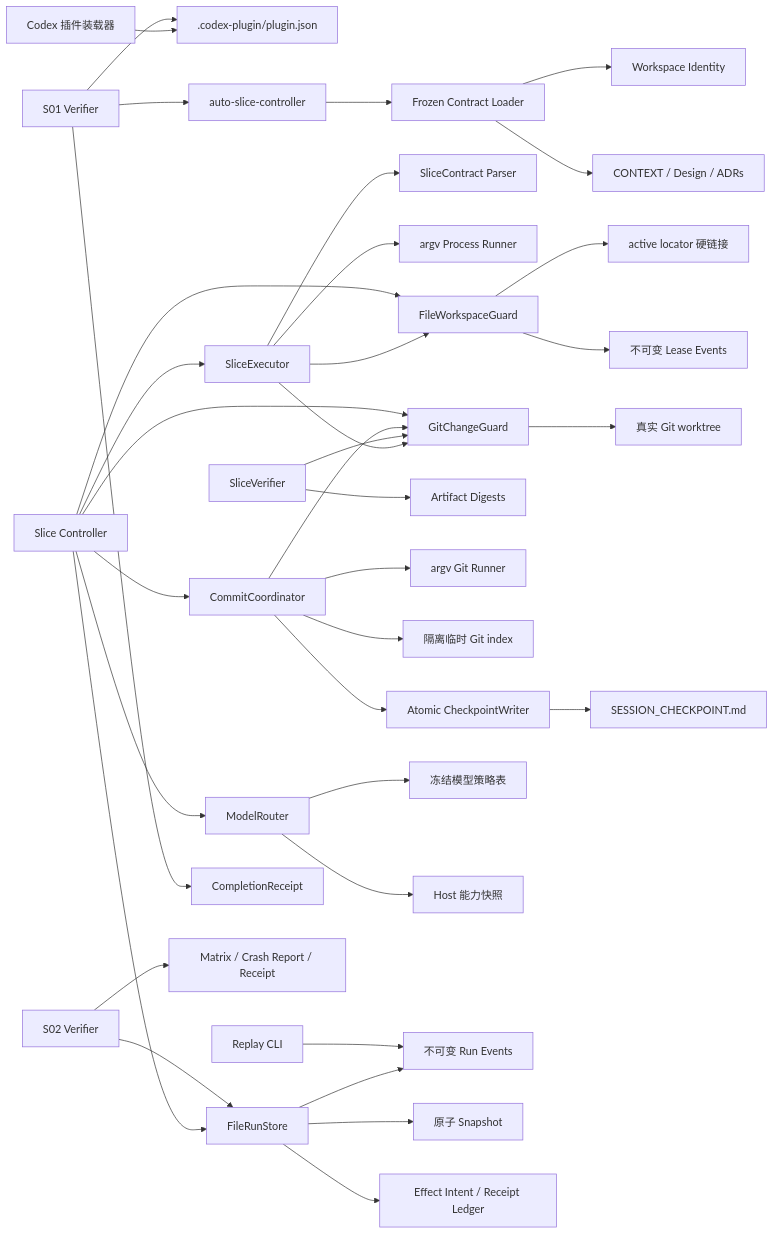
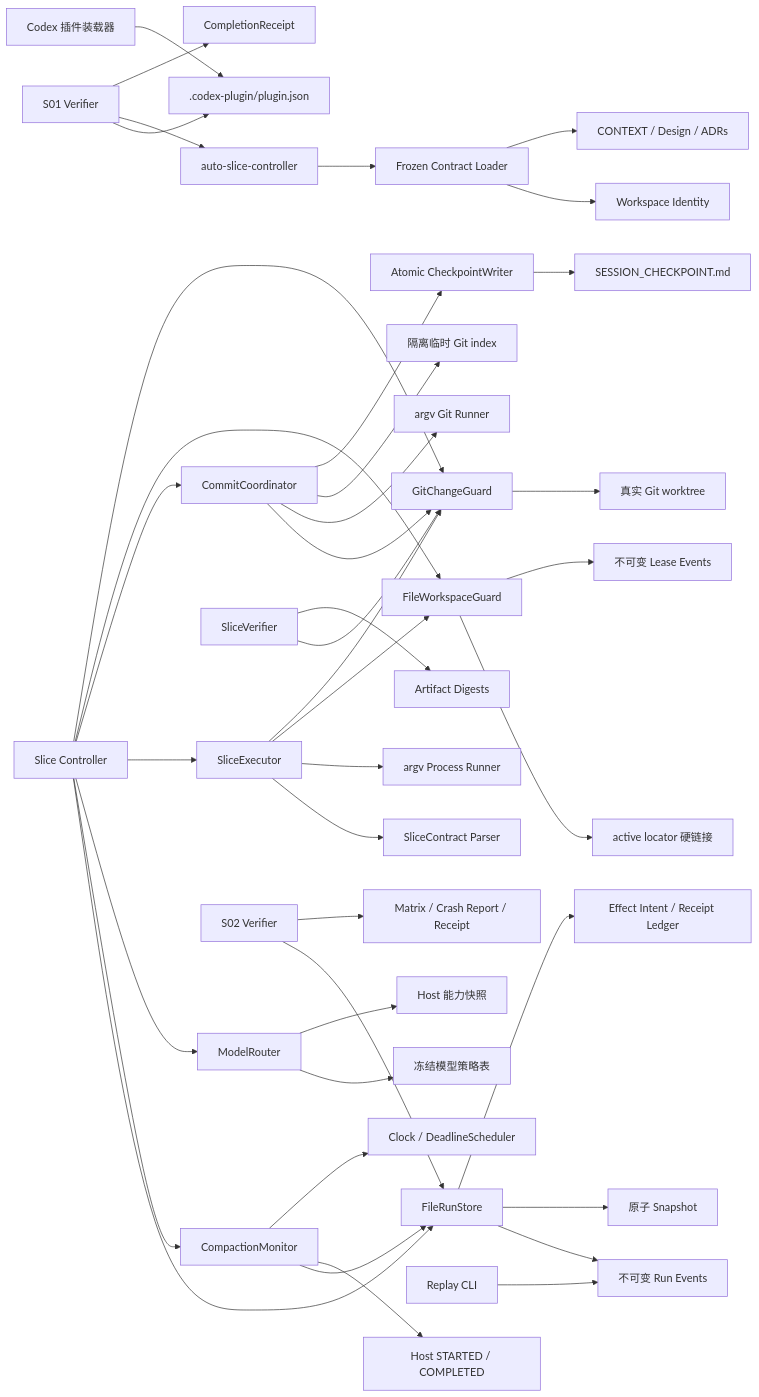
One commit to adaelon/auto-slice changed the diagram in docs/架构.md. Above: the diagram before and after it, drawn with Mermaid. The commit also changed other lines of this file and 16 other files, not shown here.

Commit message:
feat: implement S07 compaction timeout monitor

````diff
--- a/docs/架构.md
+++ b/docs/架构.md
@@ -5,38 +5,42 @@
 ```mermaid
 flowchart LR
   Codex["Codex 插件装载器"] --> Manifest[".codex-plugin/plugin.json"]
   CLI["auto-slice-controller"] --> Loader["Frozen Contract Loader"]
   Loader --> Identity["Workspace Identity"]
   Loader --> Inputs["CONTEXT / Design / ADRs"]
   Controller["Slice Controller"] --> RunStore["FileRunStore"]
+  Controller --> CompactionMonitor["CompactionMonitor"]
   Controller --> ModelRouter["ModelRouter"]
   Controller --> SliceExecutor["SliceExecutor"]
   Controller --> CommitCoordinator["CommitCoordinator"]
   SliceExecutor --> ContractParser["SliceContract Parser"]
   SliceExecutor --> ProcessRunner["argv Process Runner"]
   SliceExecutor --> WorkspaceGuard
   SliceExecutor --> ChangeGuard
   SliceVerifier["SliceVerifier"] --> ChangeGuard
   SliceVerifier --> Artifacts["Artifact Digests"]
   CommitCoordinator --> ChangeGuard
   CommitCoordinator --> GitRunner["argv Git Runner"]
   CommitCoordinator --> AlternateIndex["隔离临时 Git index"]
   CommitCoordinator --> CheckpointWriter["Atomic CheckpointWriter"]
   CheckpointWriter --> SessionCheckpoint["SESSION_CHECKPOINT.md"]
   ModelRouter --> PolicyTable["冻结模型策略表"]
   ModelRouter --> HostCapabilities["Host 能力快照"]
   RunStore --> Events["不可变 Run Events"]
   RunStore --> Snapshot["原子 Snapshot"]
   RunStore --> Effects["Effect Intent / Receipt Ledger"]
+  CompactionMonitor --> RunStore
+  CompactionMonitor --> HostCompactionEvents["Host STARTED / COMPLETED"]
+  CompactionMonitor --> DeadlineScheduler["Clock / DeadlineScheduler"]
   Controller --> WorkspaceGuard["FileWorkspaceGuard"]
   WorkspaceGuard --> ActiveLease["active locator 硬链接"]
   WorkspaceGuard --> LeaseEvents["不可变 Lease Events"]
   Controller --> ChangeGuard["GitChangeGuard"]
   ChangeGuard --> Git["真实 Git worktree"]
   Replay["Replay CLI"] --> Events
   Verifier["S01 Verifier"] --> Manifest
   Verifier --> CLI
   Verifier --> Receipt["CompletionReceipt"]
   S02Verifier["S02 Verifier"] --> RunStore
   S02Verifier --> S02Evidence["Matrix / Crash Report / Receipt"]
 ```
````
